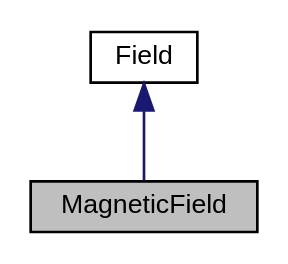
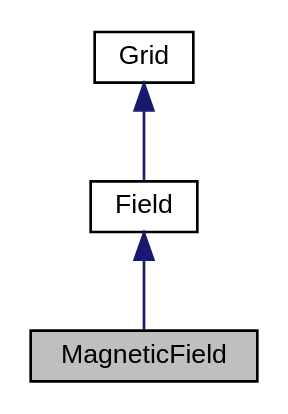
One commit to UCL/TDMS changed the diagram in classMagneticField__inherit__graph.dot. Above: the diagram before and after it, drawn with Graphviz. The commit also changed 386 other files, not shown here.

```diff
--- a/classMagneticField__inherit__graph.dot
+++ b/classMagneticField__inherit__graph.dot
@@ -1,9 +1,11 @@
 digraph "MagneticField"
 {
  // LATEX_PDF_SIZE
   edge [fontname="Helvetica",fontsize="10",labelfontname="Helvetica",labelfontsize="10"];
   node [fontname="Helvetica",fontsize="10",shape=record];
   Node1 [label="MagneticField",height=0.2,width=0.4,color="black", fillcolor="grey75", style="filled", fontcolor="black",tooltip=" "];
   Node2 -> Node1 [dir="back",color="midnightblue",fontsize="10",style="solid",fontname="Helvetica"];
   Node2 [label="Field",height=0.2,width=0.4,color="black", fillcolor="white", style="filled",URL="$classField.html",tooltip=" "];
+  Node3 -> Node2 [dir="back",color="midnightblue",fontsize="10",style="solid",fontname="Helvetica"];
+  Node3 [label="Grid",height=0.2,width=0.4,color="black", fillcolor="white", style="filled",URL="$classGrid.html",tooltip=" "];
 }
```
